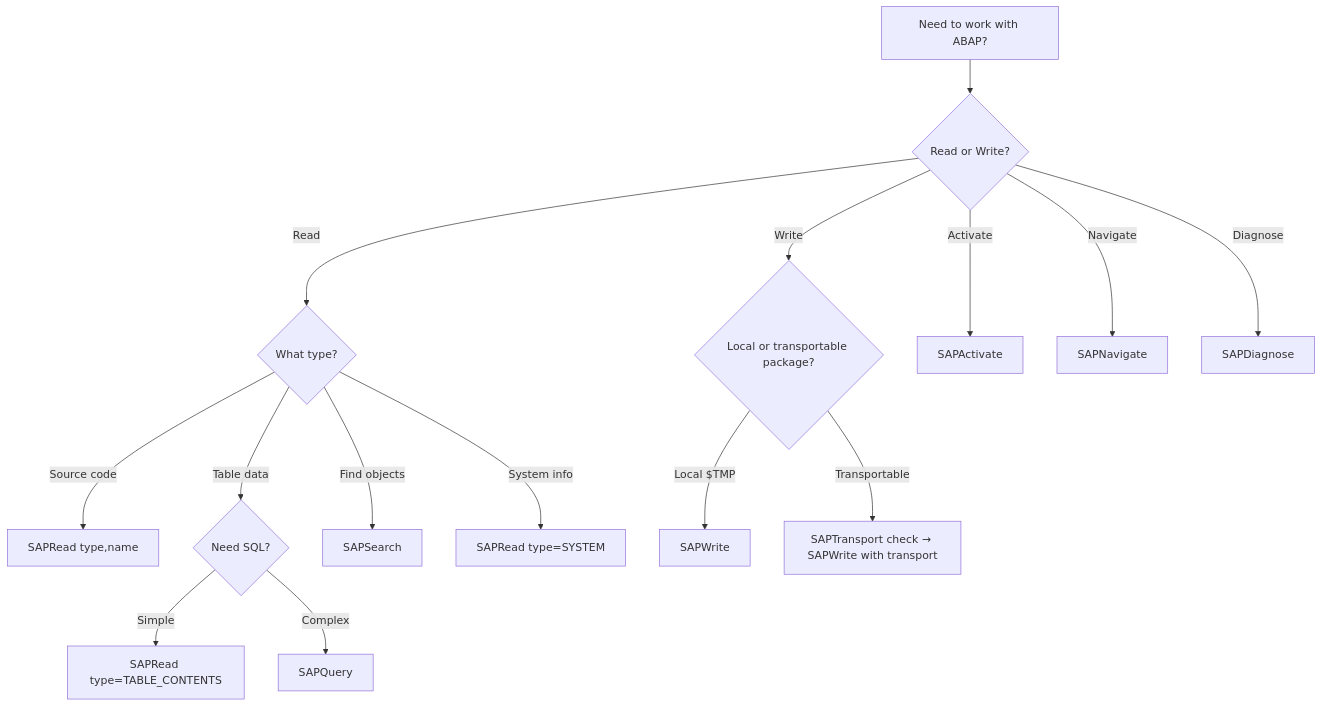
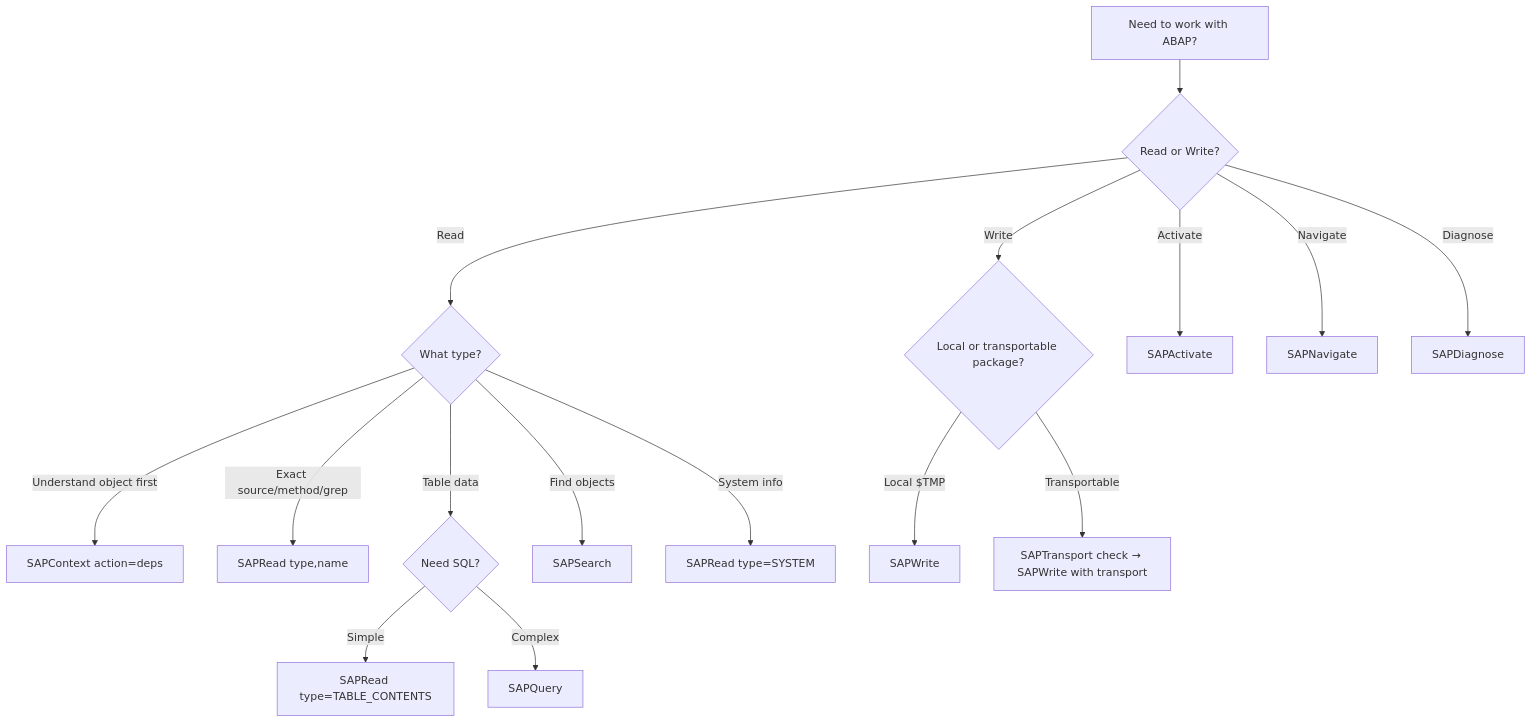
One commit to preikestolen/arc-1 changed the first of 2 diagrams in docs_page/mcp-usage.md. Above: the diagram before and after it, drawn with Mermaid. The commit also changed other lines of this file and 29 other files, not shown here.

````diff
--- a/docs_page/mcp-usage.md
+++ b/docs_page/mcp-usage.md
@@ -71,21 +72,22 @@
 ```mermaid
 flowchart TD
     START[Need to work with ABAP?]
 
     START --> READ{Read or Write?}
 
     READ -->|Read| RTYPE{What type?}
-    RTYPE -->|Source code| SR[SAPRead type,name]
+    RTYPE -->|Understand object first| SC[SAPContext action=deps]
+    RTYPE -->|Exact source/method/grep| SR[SAPRead type,name]
     RTYPE -->|Table data| TD{Need SQL?}
     TD -->|Simple| SR2[SAPRead type=TABLE_CONTENTS]
     TD -->|Complex| SQ[SAPQuery]
     RTYPE -->|Find objects| SS[SAPSearch]
     RTYPE -->|System info| SR3[SAPRead type=SYSTEM]
 
     READ -->|Write| WTYPE{Local or transportable package?}
     WTYPE -->|Local $TMP| SW[SAPWrite]
     WTYPE -->|Transportable| ST[SAPTransport check → SAPWrite with transport]
     READ -->|Activate| SA[SAPActivate]
     READ -->|Navigate| SN[SAPNavigate]
     READ -->|Diagnose| SD[SAPDiagnose]
 ```
````
